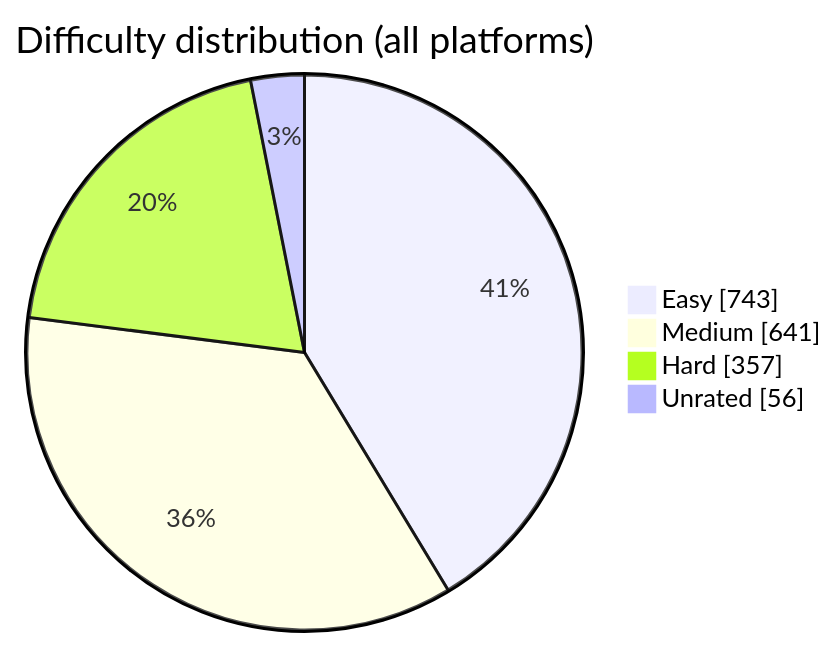
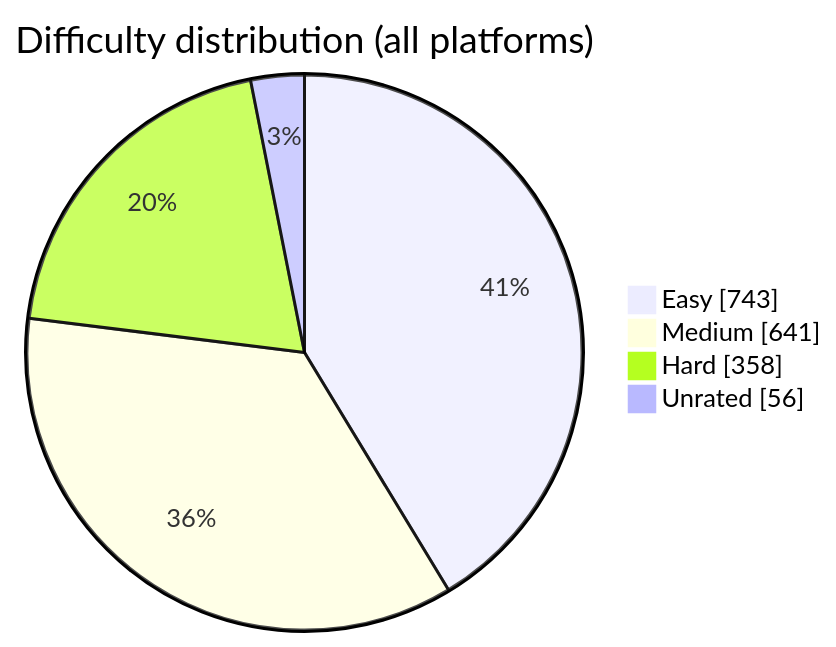
The diagram in README.md (BuildbyArindam/Daily-Coding-Log), drawn with Mermaid before and after one commit. The commit also changed other lines of this file, not shown here.

````diff
--- a/README.md
+++ b/README.md
@@ -108,7 +108,7 @@
 ```mermaid
 pie showData title Difficulty distribution (all platforms)
     "Easy" : 743
     "Medium" : 641
-    "Hard" : 357
+    "Hard" : 358
     "Unrated" : 56
 ```
````
